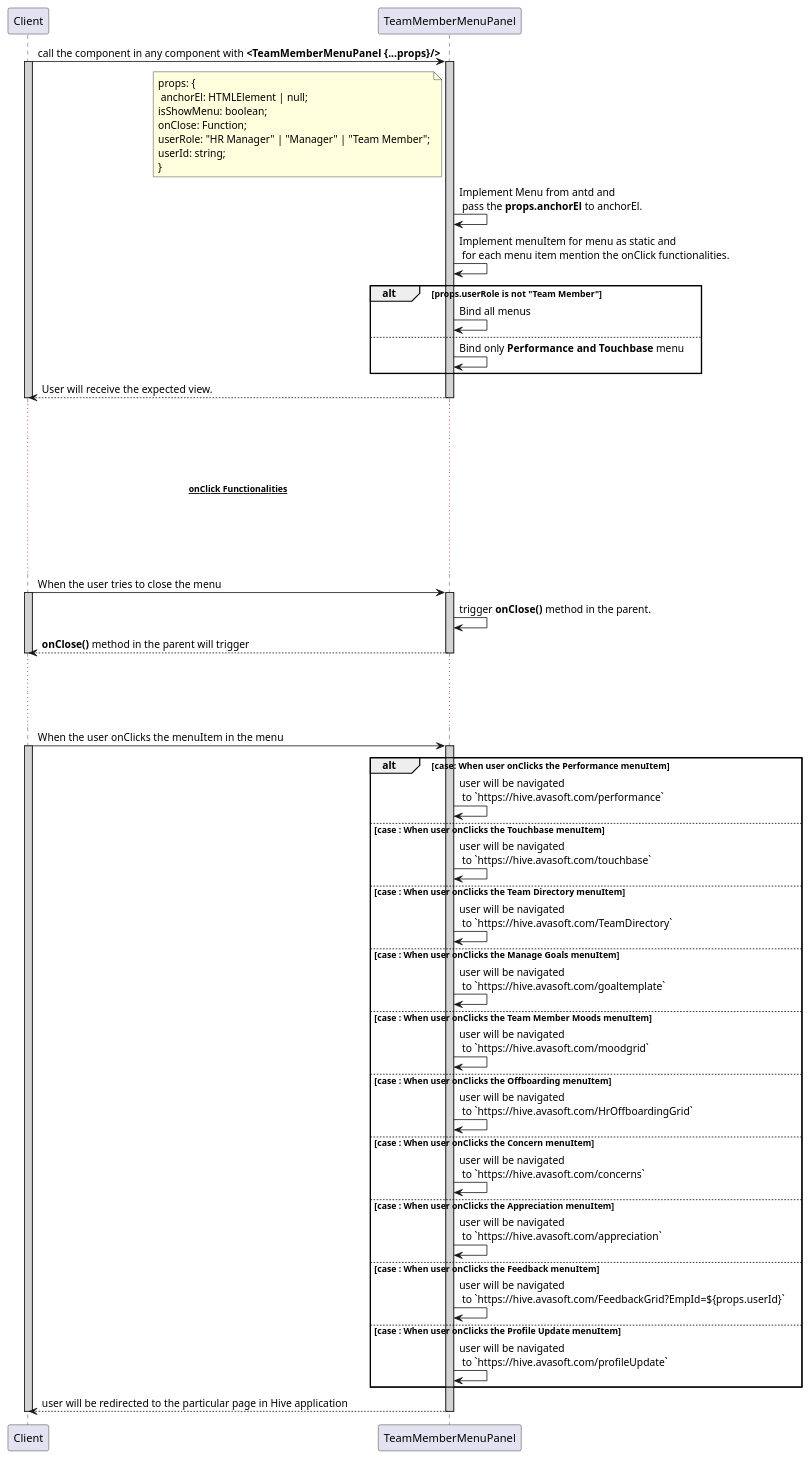
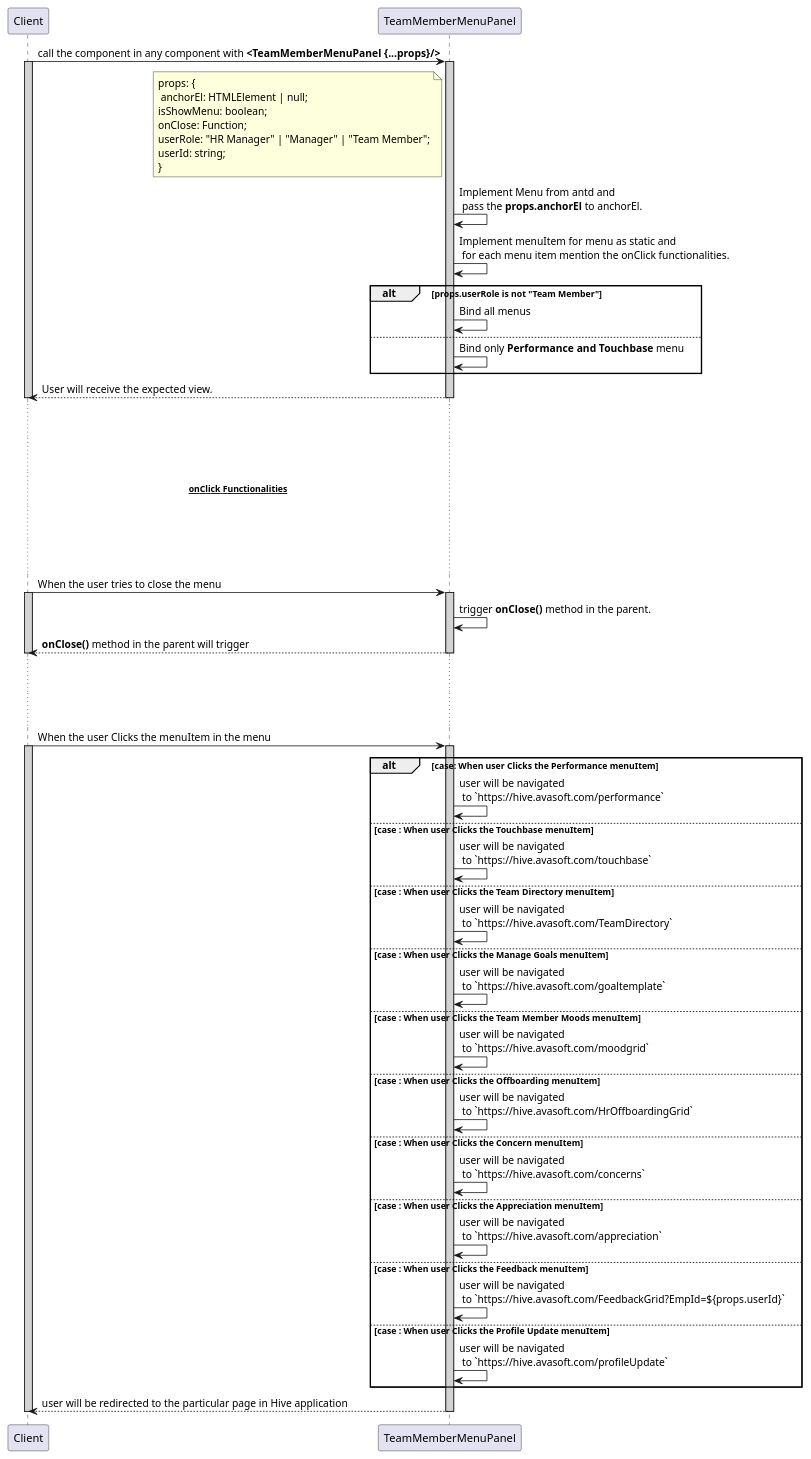
Before and after one commit to avasoft-mobility/workday-design: the diagram in frontend/components/team_member_menu_panel/team_member_menu_panel.sequence.puml, drawn with PlantUML. The commit also changed 12 other files, not shown here.

```diff
--- a/frontend/components/team_member_menu_panel/team_member_menu_panel.sequence.puml
+++ b/frontend/components/team_member_menu_panel/team_member_menu_panel.sequence.puml
@@ -1,66 +1,66 @@
 @startuml TeamMemberMenuPanel sequence Diagram
 participant Client
 participant TeamMemberMenuPanel
 
 Client -> TeamMemberMenuPanel : call the component in any component with **<TeamMemberMenuPanel {...props}/>**
 activate Client #D3D3D3
     activate TeamMemberMenuPanel #D3D3D3
         note left of TeamMemberMenuPanel : props: {\n anchorEl: HTMLElement | null;\nisShowMenu: boolean;\nonClose: Function;\nuserRole: "HR Manager" | "Manager" | "Team Member";\nuserId: string; \n}
         TeamMemberMenuPanel -> TeamMemberMenuPanel : Implement Menu from antd and\n pass the **props.anchorEl** to anchorEl.
         TeamMemberMenuPanel -> TeamMemberMenuPanel : Implement menuItem for menu as static and\n for each menu item mention the onClick functionalities.
         alt props.userRole is not "Team Member"
             TeamMemberMenuPanel -> TeamMemberMenuPanel : Bind all menus
         else 
             TeamMemberMenuPanel -> TeamMemberMenuPanel : Bind only **Performance and Touchbase** menu
         end
         Client <-- TeamMemberMenuPanel : User will receive the expected view.
     deactivate TeamMemberMenuPanel
 deactivate Client
 
 ... ...
 ... ...
 ...~~**onClick Functionalities**~~ ...
 ... ...
 ... ...
 
 Client -> TeamMemberMenuPanel : When the user tries to close the menu 
 activate Client #D3D3D3
     activate TeamMemberMenuPanel #D3D3D3
         TeamMemberMenuPanel -> TeamMemberMenuPanel : trigger **onClose()** method in the parent.
         Client <-- TeamMemberMenuPanel : **onClose()** method in the parent will trigger
     deactivate TeamMemberMenuPanel
 deactivate Client
 
 ... ...
 ... ...
 
 
-Client -> TeamMemberMenuPanel : When the user onClicks the menuItem in the menu 
+Client -> TeamMemberMenuPanel : When the user Clicks the menuItem in the menu 
 activate Client #D3D3D3
     activate TeamMemberMenuPanel #D3D3D3
-        alt case: When user onClicks the **Performance** menuItem
+        alt case: When user Clicks the **Performance** menuItem
             TeamMemberMenuPanel -> TeamMemberMenuPanel : user will be navigated\n to `https://hive.avasoft.com/performance`
-        else case : When user onClicks the **Touchbase** menuItem
+        else case : When user Clicks the **Touchbase** menuItem
             TeamMemberMenuPanel -> TeamMemberMenuPanel : user will be navigated\n to `https://hive.avasoft.com/touchbase`
-        else case : When user onClicks the **Team Directory** menuItem
+        else case : When user Clicks the **Team Directory** menuItem
             TeamMemberMenuPanel -> TeamMemberMenuPanel : user will be navigated\n to `https://hive.avasoft.com/TeamDirectory`
-        else case : When user onClicks the **Manage Goals** menuItem
+        else case : When user Clicks the **Manage Goals** menuItem
             TeamMemberMenuPanel -> TeamMemberMenuPanel : user will be navigated\n to `https://hive.avasoft.com/goaltemplate`
-        else case : When user onClicks the **Team Member Moods** menuItem
+        else case : When user Clicks the **Team Member Moods** menuItem
             TeamMemberMenuPanel -> TeamMemberMenuPanel : user will be navigated\n to `https://hive.avasoft.com/moodgrid`
-        else case : When user onClicks the **Offboarding** menuItem
+        else case : When user Clicks the **Offboarding** menuItem
             TeamMemberMenuPanel -> TeamMemberMenuPanel : user will be navigated\n to `https://hive.avasoft.com/HrOffboardingGrid`
-        else case : When user onClicks the **Concern** menuItem
+        else case : When user Clicks the **Concern** menuItem
             TeamMemberMenuPanel -> TeamMemberMenuPanel : user will be navigated\n to `https://hive.avasoft.com/concerns`
-        else case : When user onClicks the **Appreciation** menuItem
+        else case : When user Clicks the **Appreciation** menuItem
             TeamMemberMenuPanel -> TeamMemberMenuPanel : user will be navigated\n to `https://hive.avasoft.com/appreciation`
-        else case : When user onClicks the **Feedback** menuItem
+        else case : When user Clicks the **Feedback** menuItem
             TeamMemberMenuPanel -> TeamMemberMenuPanel : user will be navigated\n to `https://hive.avasoft.com/FeedbackGrid?EmpId=${props.userId}`
-        else case : When user onClicks the **Profile Update** menuItem
+        else case : When user Clicks the **Profile Update** menuItem
             TeamMemberMenuPanel -> TeamMemberMenuPanel : user will be navigated\n to `https://hive.avasoft.com/profileUpdate`
         end
         Client <-- TeamMemberMenuPanel : user will be redirected to the particular page in Hive application
     deactivate TeamMemberMenuPanel
 deactivate Client
 
 @enduml
```
